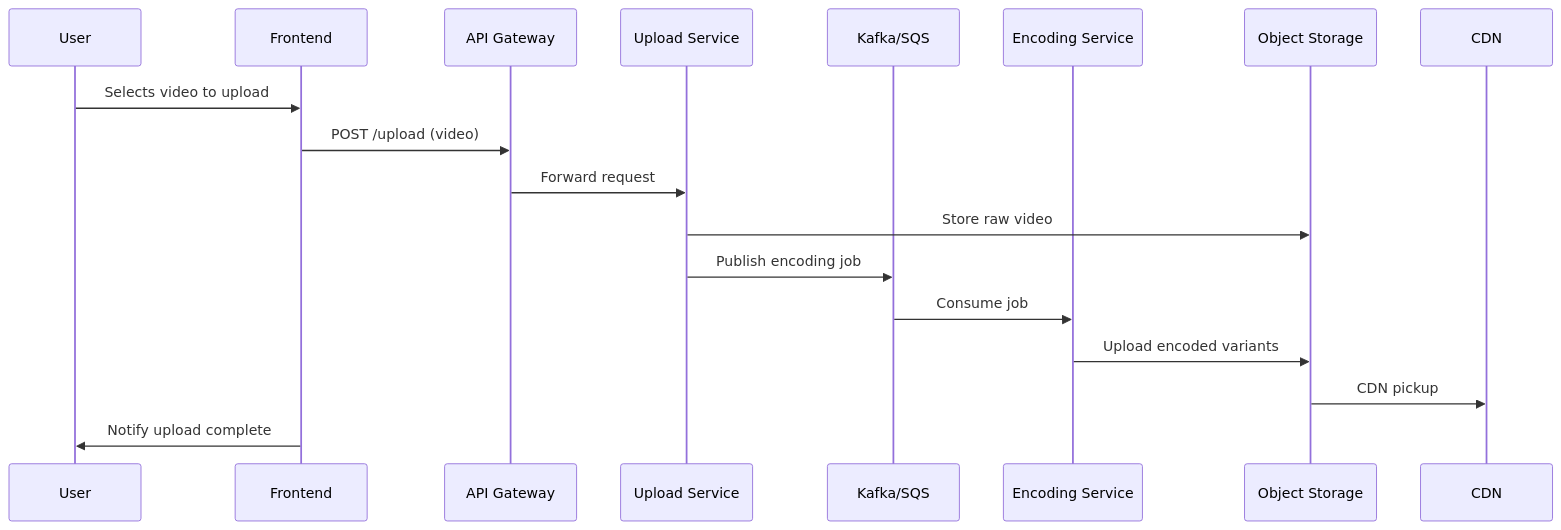
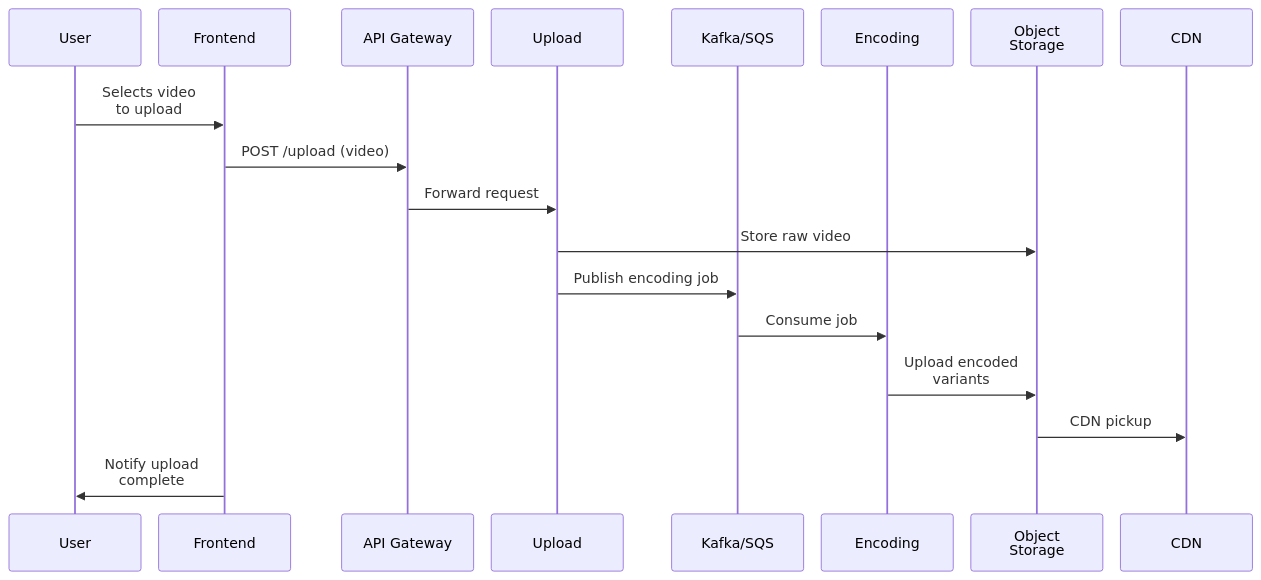
The fourth of 5 diagrams in volumes/volume-4-high-level-design/ch46-library-24-video-sharing-youtube.md (Charikshith/Guide), drawn with Mermaid before and after one commit. The commit also changed other lines of this file and 64 other files, not shown here.

Commit message:
Guide: fit wide diagrams on the page (grow into the free right margin, smaller minimum scale), redraw 33 long flowcharts in the other direction, tighten five wide sequence diagrams

````diff
--- a/volumes/volume-4-high-level-design/ch46-library-24-video-sharing-youtube.md
+++ b/volumes/volume-4-high-level-design/ch46-library-24-video-sharing-youtube.md
@@ -273,21 +273,22 @@
 ```mermaid
+%%{init: {"sequence": {"actorMargin": 20}}}%%
 sequenceDiagram
     participant User
     participant Frontend
     participant API_GW as API Gateway
-    participant Upload as Upload Service
+    participant Upload as Upload
     participant Queue as Kafka/SQS
-    participant Encode as Encoding Service
-    participant Storage as Object Storage
+    participant Encode as Encoding
+    participant Storage as Object<br/>Storage
     participant CDN
 
-    User->>Frontend: Selects video to upload
+    User->>Frontend: Selects video<br/>to upload
     Frontend->>API_GW: POST /upload (video)
     API_GW->>Upload: Forward request
     Upload->>Storage: Store raw video
     Upload->>Queue: Publish encoding job
     Queue->>Encode: Consume job
-    Encode->>Storage: Upload encoded variants
+    Encode->>Storage: Upload encoded<br/>variants
     Storage->>CDN: CDN pickup
-    Frontend->>User: Notify upload complete
+    Frontend->>User: Notify upload<br/>complete
 ```
````
